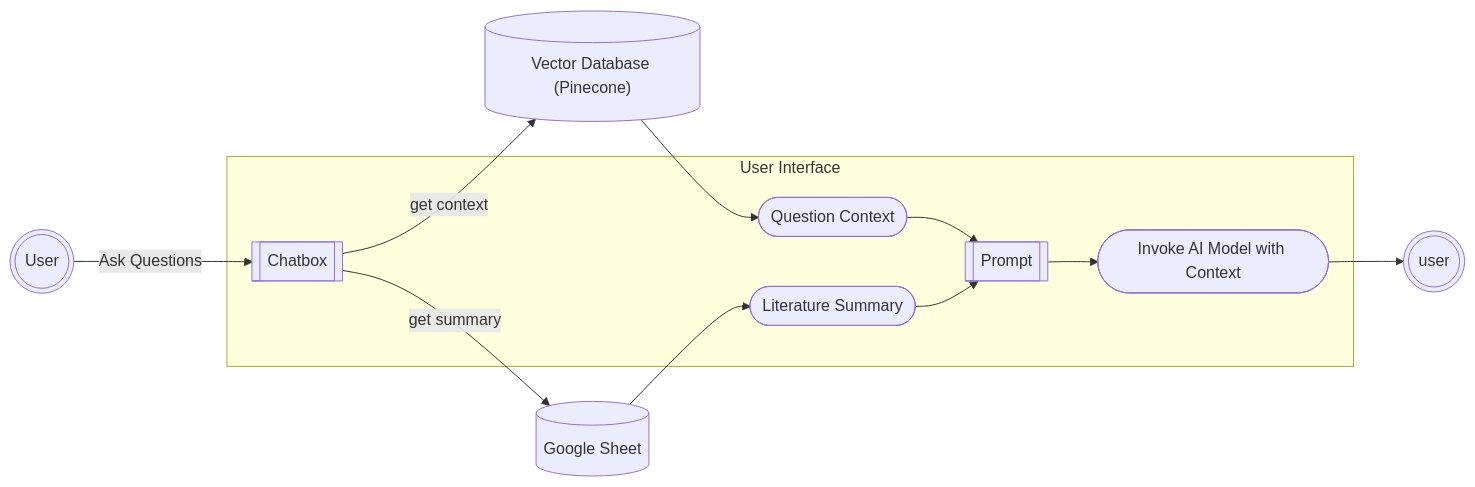
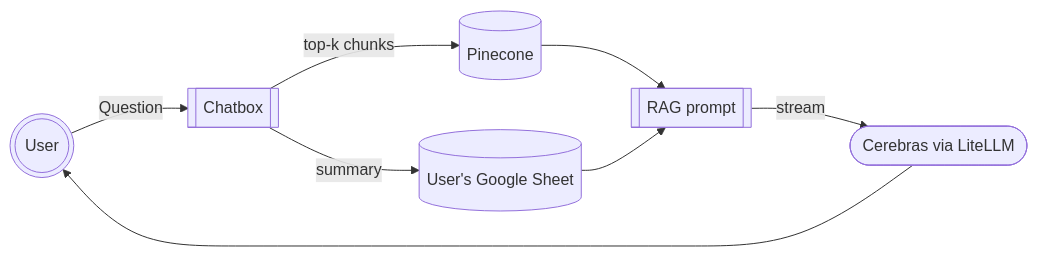
One commit to Wh4130/easyessay_literature_review_toolkit changed the second of 2 diagrams in README.md. Above: the diagram before and after it, drawn with Mermaid. The commit also changed other lines of this file and 5 other files, not shown here.

````diff
--- a/README.md
+++ b/README.md
@@ -85,26 +57,10 @@
 ```mermaid
 flowchart LR
-U(((User)))
-
-subgraph UI ["User Interface"]
-	p[[Chatbox]]
-	p2([Invoke AI Model with Context])
-	i1([Question Context])
-	i2([Literature Summary])
-	i1 --> prompt[[Prompt]]
-	i2 --> prompt[[Prompt]]
-	prompt --> p2
-end
-
-U -->|Ask Questions| p
-
-p -->|get context| VDB[("Vector Database (Pinecone)")]
-VDB --> i1
-
-
-p -->|get summary| DB[("Google Sheet")]
-DB --> i2
-
-p2 --> user(((user)))
-
+U(((User))) -->|Question| p[[Chatbox]]
+p -->|top-k chunks| VDB[("Pinecone")]
+p -->|summary| DB[("User's Google Sheet")]
+VDB --> prompt[[RAG prompt]]
+DB --> prompt
+prompt -->|stream| LLM(["Cerebras via LiteLLM"])
+LLM --> U
 ```
````
